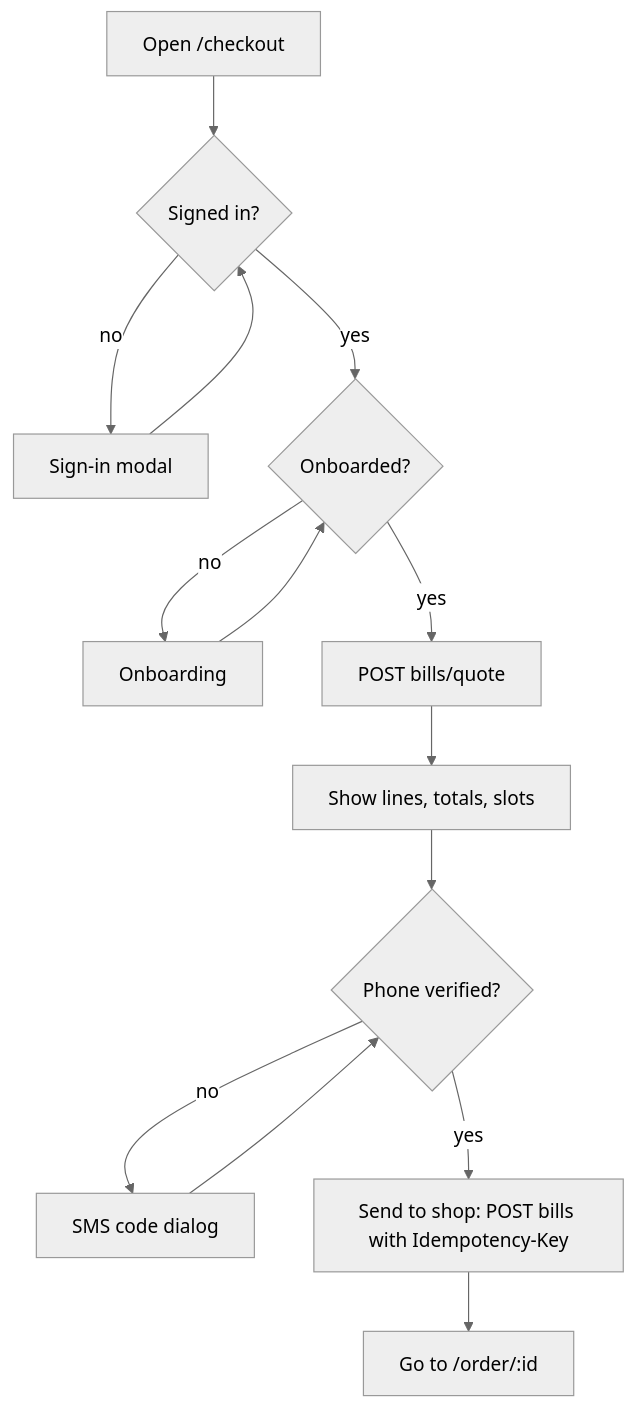
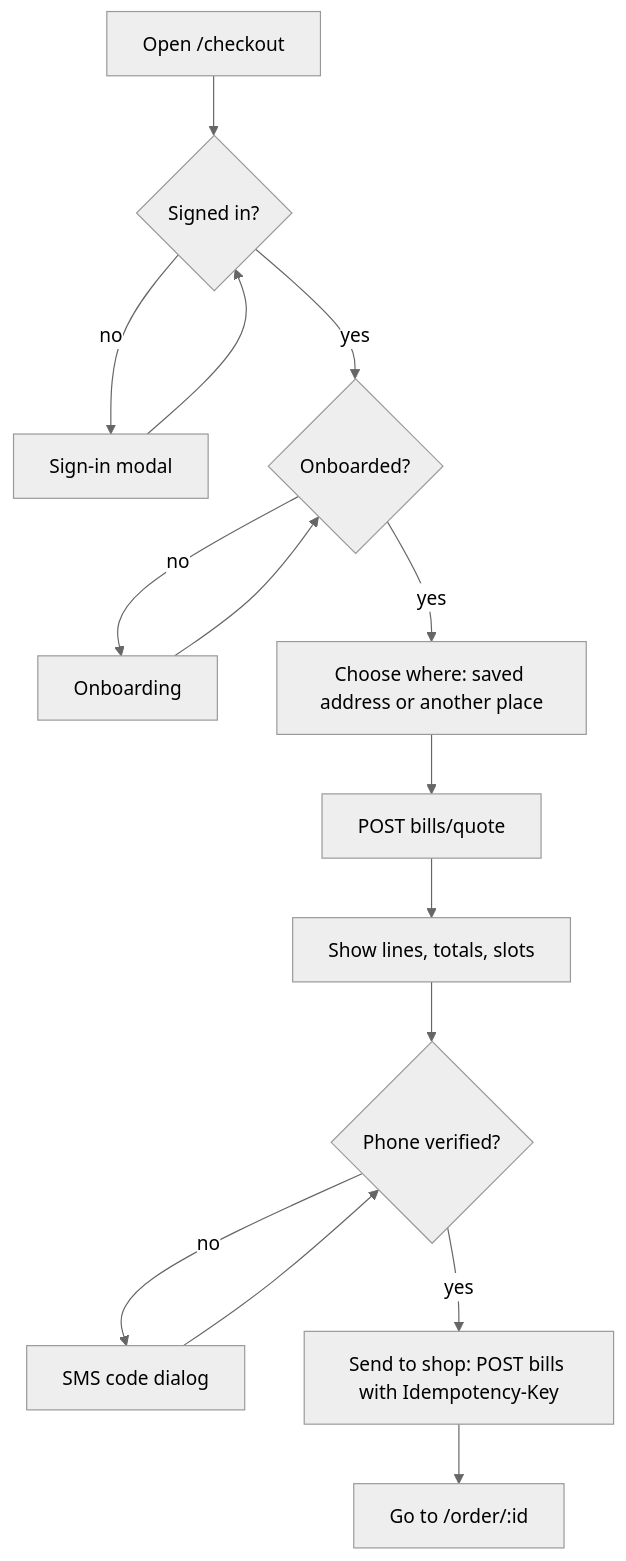
Before and after one commit to queorosolution/grocery: the diagram in docs/08-frontend-design.md, drawn with Mermaid (neutral theme). The commit also changed other lines of this file and 38 other files, not shown here.

First line of the commit message:
web: checkout and order pages with another-place delivery (P30)

````diff
--- a/docs/08-frontend-design.md
+++ b/docs/08-frontend-design.md
@@ -198,13 +198,14 @@
 ```mermaid
 flowchart TD
   A[Open /checkout] --> B{Signed in?}
   B -- no --> SI[Sign-in modal] --> B
   B -- yes --> C{Onboarded?}
   C -- no --> OB[Onboarding] --> C
-  C -- yes --> Q[POST bills/quote]
+  C -- yes --> W[Choose where: saved address or another place]
+  W --> Q[POST bills/quote]
   Q --> V[Show lines, totals, slots]
   V --> P{Phone verified?}
   P -- no --> PV[SMS code dialog] --> P
   P -- yes --> S[Send to shop: POST bills with Idempotency-Key]
   S --> O[Go to /order/:id]
 ```
````
